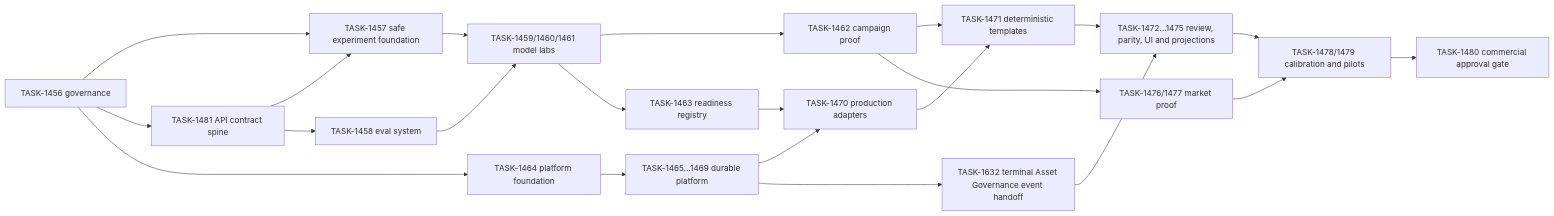
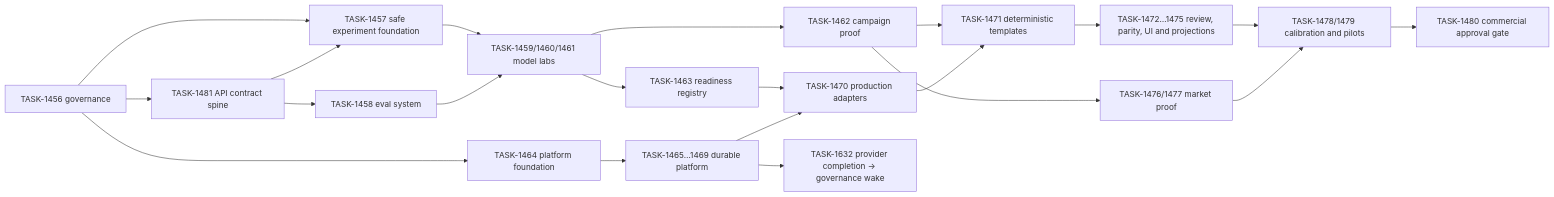
One commit to efeoncepro/greenhouse-eo changed the diagram in docs/operations/creative-studio/EPIC_028_PARALLEL_EXECUTION_PLAN_V1.md. Above: the diagram before and after it, drawn with Mermaid. The commit also changed other lines of this file and 7 other files, not shown here.

Commit message:
docs(task): correct asset governance handoff scope

````diff
--- a/docs/operations/creative-studio/EPIC_028_PARALLEL_EXECUTION_PLAN_V1.md
+++ b/docs/operations/creative-studio/EPIC_028_PARALLEL_EXECUTION_PLAN_V1.md
@@ -38,24 +38,23 @@
 ```mermaid
 flowchart LR
   G["TASK-1456 governance"] --> S["TASK-1457 safe experiment foundation"]
   G --> A["TASK-1481 API contract spine"]
   A --> S
   A --> E["TASK-1458 eval system"]
   G --> P["TASK-1464 platform foundation"]
   S --> M["TASK-1459/1460/1461 model labs"]
   E --> M
   M --> C["TASK-1462 campaign proof"]
   M --> R["TASK-1463 readiness registry"]
   P --> D["TASK-1465…1469 durable platform"]
   R --> X["TASK-1470 production adapters"]
   D --> X
   C --> T["TASK-1471 deterministic templates"]
   X --> T
   T --> V["TASK-1472…1475 review, parity, UI and projections"]
-  D --> AG["TASK-1632 terminal Asset Governance event handoff"]
-  AG --> V
+  D --> AG["TASK-1632 provider completion → governance wake"]
   C --> O["TASK-1476/1477 market proof"]
   V --> K["TASK-1478/1479 calibration and pilots"]
   O --> K
   K --> Z["TASK-1480 commercial approval gate"]
 ```
````
